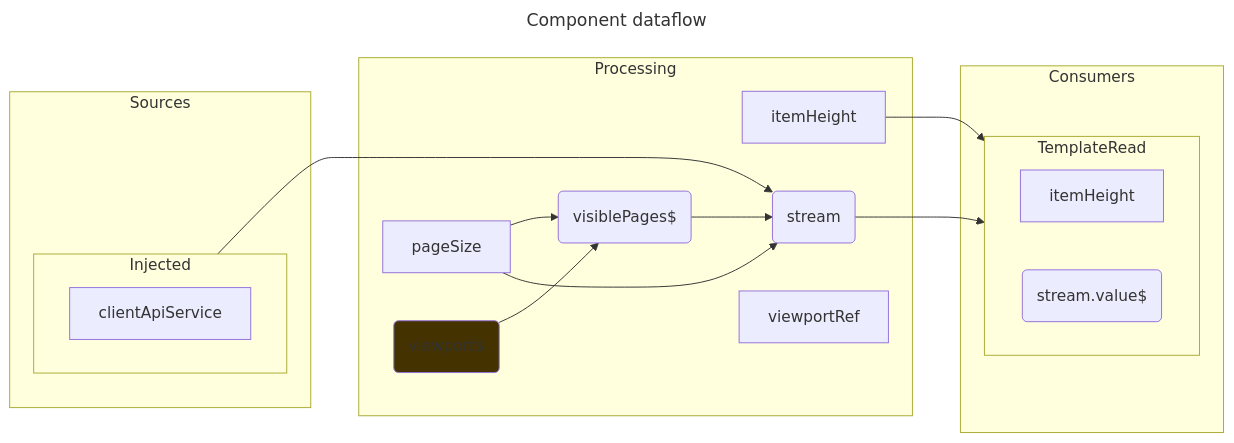
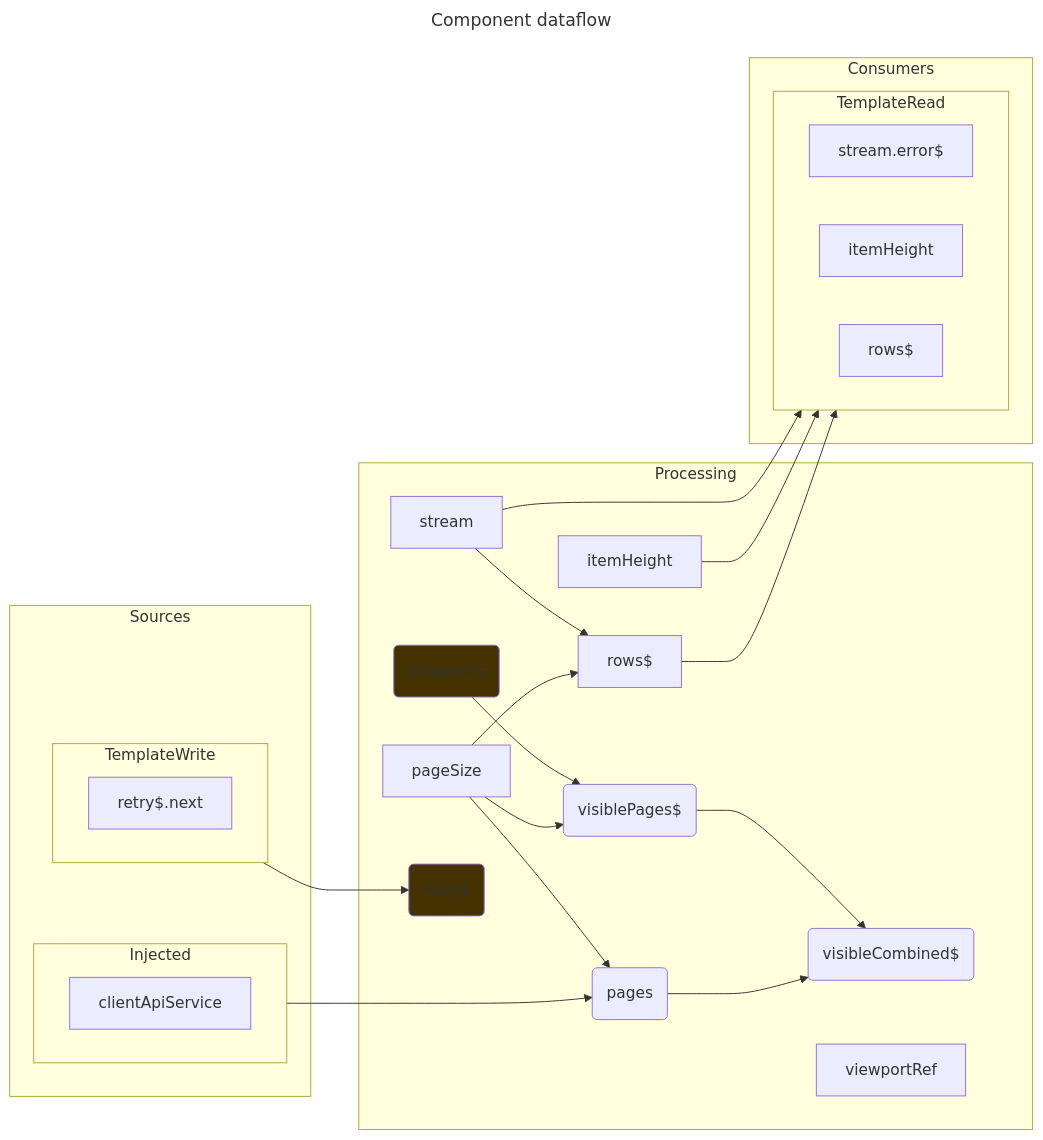
Before and after one commit to earthdmitriy/rx-evo: the first of 2 diagrams in src/app/components/xprerimental/virtual-scroll/virtual-scroll.component.dataflow.md, drawn with Mermaid. The commit also changed 90 other files, not shown here.

````diff
--- a/src/app/components/xprerimental/virtual-scroll/virtual-scroll.component.dataflow.md
+++ b/src/app/components/xprerimental/virtual-scroll/virtual-scroll.component.dataflow.md
@@ -3,56 +3,83 @@
 ```mermaid
 ---
 title: Component dataflow
 ---
 graph LR
     subgraph Sources
         subgraph Injected
             direction LR
             Source_clientApiService["
                 clientApiService
+            "]
+        end
+        subgraph TemplateWrite
+            direction LR
+            Source_retry$.next["
+                retry$.next
             "]
         end
     end
     subgraph Processing
         Processing_viewport$("
             viewport$
         ")
         Processing_pageSize["
             pageSize
         "]
         Processing_itemHeight["
             itemHeight
         "]
+        Processing_pages("
+            pages
+        ")
         Processing_visiblePages$("
             visiblePages$
         ")
-        Processing_stream("
+        Processing_visibleCombined$("
+            visibleCombined$
+        ")
+        Processing_stream["
             stream
+        "]
+        Processing_retry$("
+            retry$
         ")
+        Processing_rows$["
+            rows$
+        "]
         Processing_viewportRef["
             viewportRef
         "]
     end
     subgraph Consumers
         subgraph TemplateRead
             direction LR
+            Consumer_stream.error$["
+                stream.error$
+            "]
             Consumer_itemHeight["
                 itemHeight
             "]
-            Consumer_stream.value$("
-                stream.value$
-            ")
+            Consumer_rows$["
+                rows$
+            "]
         end
     end
     Sources ~~~ Processing
     Processing ~~~ Consumers
+    Source_retry$.next --> Processing_retry$
+    Source_clientApiService --> Processing_pages
+    Processing_pageSize --> Processing_pages
     Processing_viewport$ --> Processing_visiblePages$
     Processing_pageSize --> Processing_visiblePages$
-    Processing_visiblePages$ --> Processing_stream
-    Source_clientApiService --> Processing_stream
-    Processing_pageSize --> Processing_stream
+    Processing_visiblePages$ --> Processing_visibleCombined$
+    Processing_pages --> Processing_visibleCombined$
+    Processing_stream --> Processing_rows$
+    Processing_pageSize --> Processing_rows$
+    Processing_stream --> Consumer_stream.error$
     Processing_itemHeight --> Consumer_itemHeight
-    Processing_stream --> Consumer_stream.value$
+    Processing_rows$ --> Consumer_rows$
     style Processing_viewport$ fill:#430
+    style Processing_retry$ fill:#430
 
 ```
````
